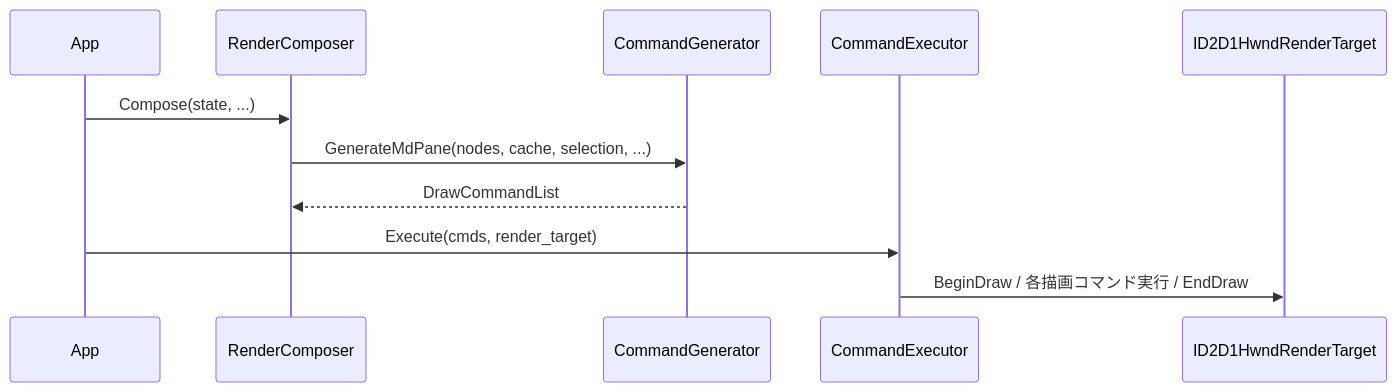
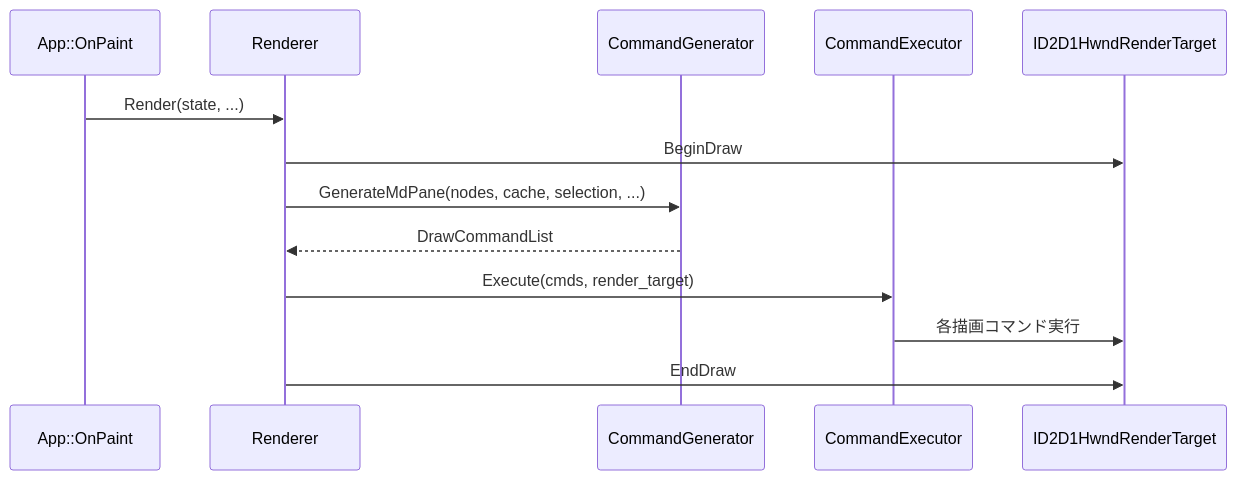
One commit to tanaton/mendo changed the eighth of 27 diagrams in example/test.md. Above: the diagram before and after it, drawn with Mermaid. The commit also changed other lines of this file, not shown here.

````diff
--- a/example/test.md
+++ b/example/test.md
@@ -756,14 +959,16 @@
 ```mermaid
 sequenceDiagram
-    participant APP as App
-    participant RC as RenderComposer
+    participant APP as App::OnPaint
+    participant R as Renderer
     participant CG as CommandGenerator
     participant CE as CommandExecutor
     participant RT as ID2D1HwndRenderTarget
 
-    APP->>RC: Compose(state, ...)
-    RC->>CG: GenerateMdPane(nodes, cache, selection, ...)
-    CG-->>RC: DrawCommandList
-    APP->>CE: Execute(cmds, render_target)
-    CE->>RT: BeginDraw / 各描画コマンド実行 / EndDraw
+    APP->>R: Render(state, ...)
+    R->>RT: BeginDraw
+    R->>CG: GenerateMdPane(nodes, cache, selection, ...)
+    CG-->>R: DrawCommandList
+    R->>CE: Execute(cmds, render_target)
+    CE->>RT: 各描画コマンド実行
+    R->>RT: EndDraw
 ```
````
